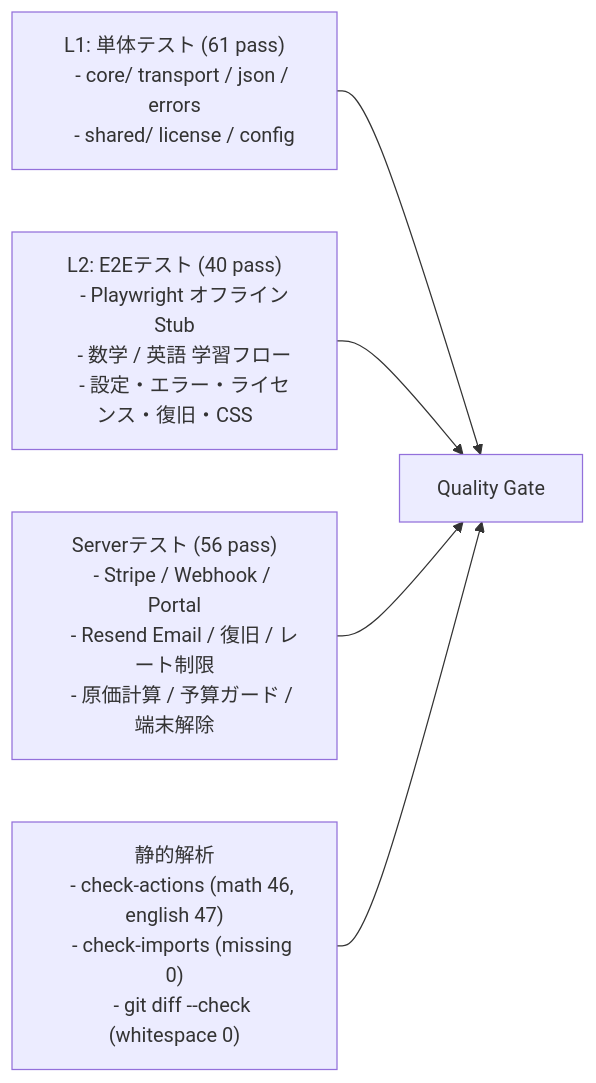
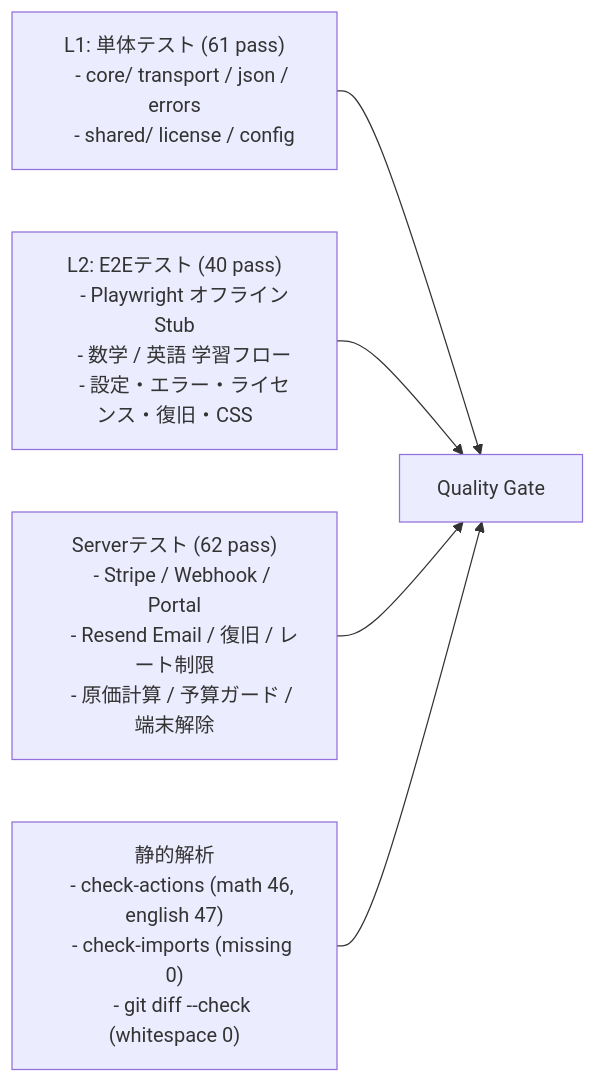
Before and after one commit to g4pjo75-gif/ai-math-tutor: the second of 2 diagrams in docs/ARCHITECTURE.md, drawn with Mermaid. The commit also changed other lines of this file and 3 other files, not shown here.

````diff
--- a/docs/ARCHITECTURE.md
+++ b/docs/ARCHITECTURE.md
@@ -175,23 +177,23 @@
 ```mermaid
 flowchart LR
     L1["L1: 単体テスト (61 pass)
     - core/ transport / json / errors
     - shared/ license / config"]
     L2["L2: E2Eテスト (40 pass)
     - Playwright オフラインStub
     - 数学 / 英語 学習フロー
     - 設定・エラー・ライセンス・復旧・CSS"]
-    Server["Serverテスト (56 pass)
+    Server["Serverテスト (62 pass)
     - Stripe / Webhook / Portal
     - Resend Email / 復旧 / レート制限
     - 原価計算 / 予算ガード / 端末解除"]
     Static["静的解析
     - check-actions (math 46, english 47)
     - check-imports (missing 0)
     - git diff --check (whitespace 0)"]
 
     L1 --> Gate["Quality Gate"]
     L2 --> Gate
     Server --> Gate
     Static --> Gate
 ```
````
